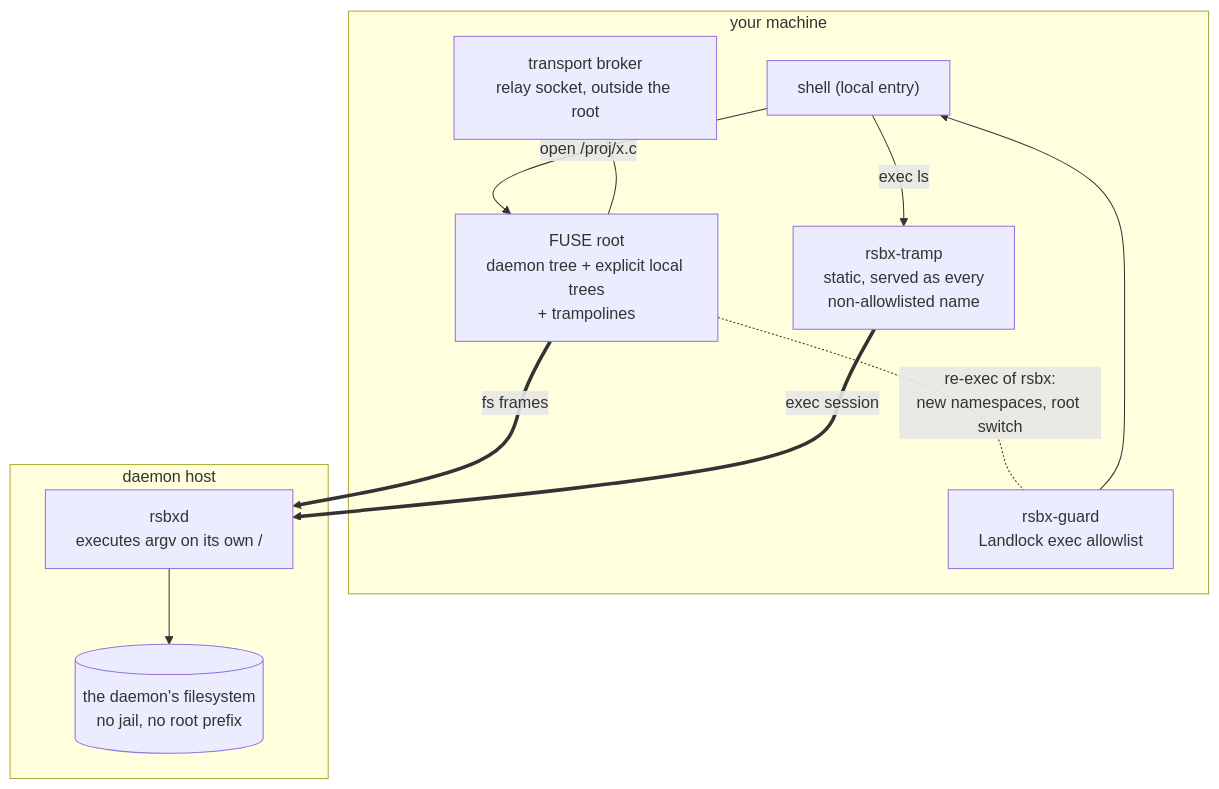
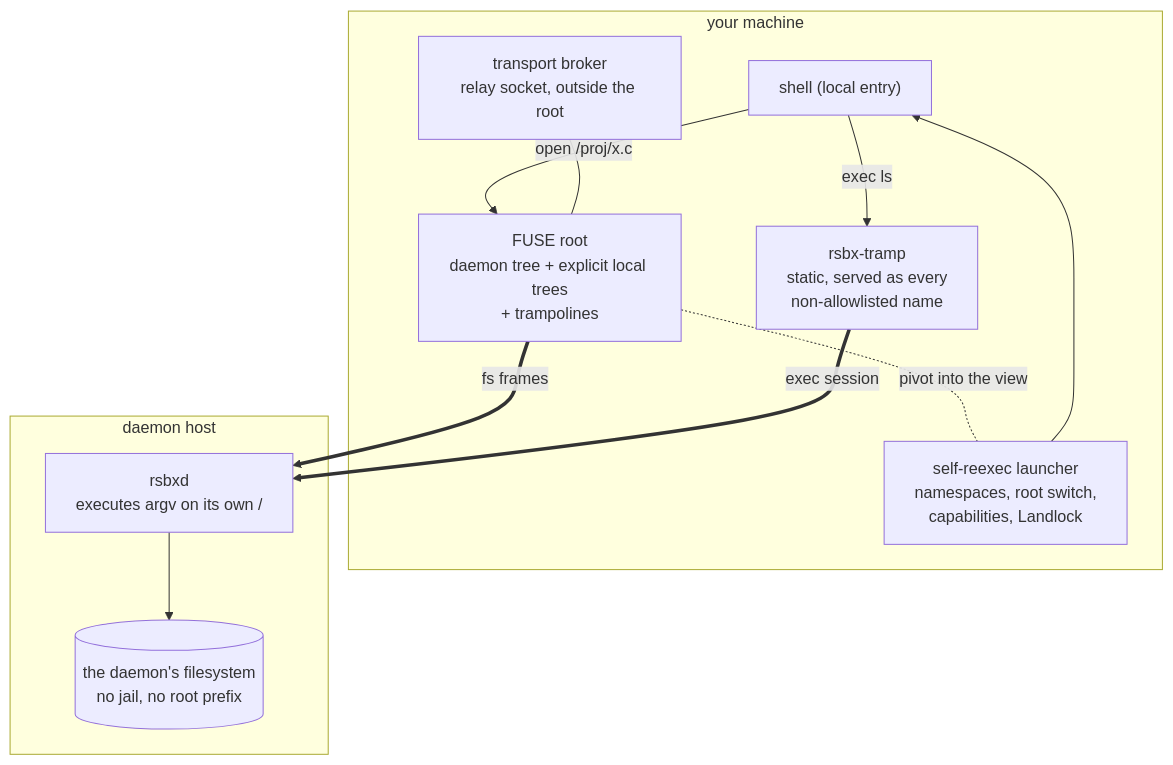
Before and after one commit to tsic404/rsbx: the diagram in README.md, drawn with Mermaid. The commit also changed other lines of this file and 1 other file, not shown here.

````diff
--- a/README.md
+++ b/README.md
@@ -48,22 +48,22 @@
 ```mermaid
 flowchart TB
   subgraph client["your machine"]
     shell["shell (local entry)"]
     fuse["FUSE root<br/>daemon tree + explicit local trees<br/>+ trampolines"]
-    guard["rsbx-guard<br/>Landlock exec allowlist"]
+    launch["self-reexec launcher<br/>namespaces, root switch,<br/>capabilities, Landlock"]
     tramp["rsbx-tramp<br/>static, served as every<br/>non-allowlisted name"]
     broker["transport broker<br/>relay socket, outside the root"]
     shell -- "open /proj/x.c" --> fuse
     shell -- "exec ls" --> tramp
-    fuse -. "re-exec of rsbx:<br/>new namespaces, root switch" .- guard
-    guard --> shell
+    fuse -. "pivot into the view" .- launch
+    launch --> shell
     broker --- fuse
   end
   subgraph remote["daemon host"]
     d["rsbxd<br/>executes argv on its own /"]
     tree[("the daemon's filesystem<br/>no jail, no root prefix")]
     d --> tree
   end
   fuse == "fs frames" ==> d
   tramp == "exec session" ==> d
 ```
````
